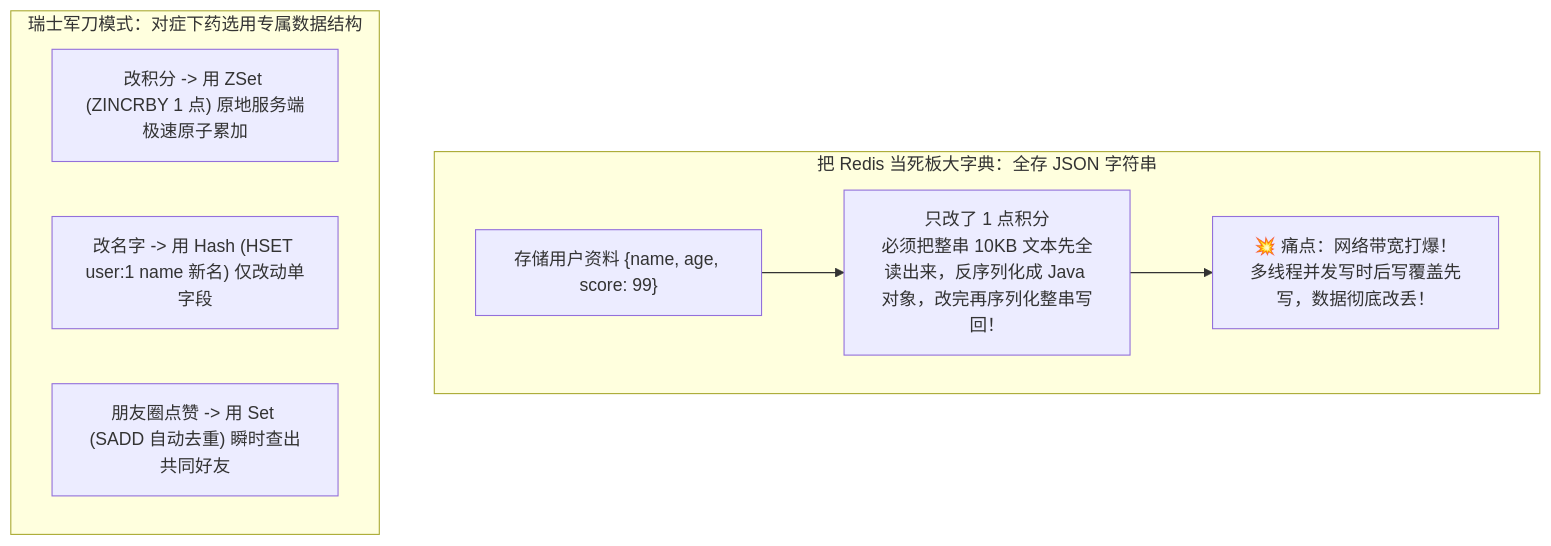
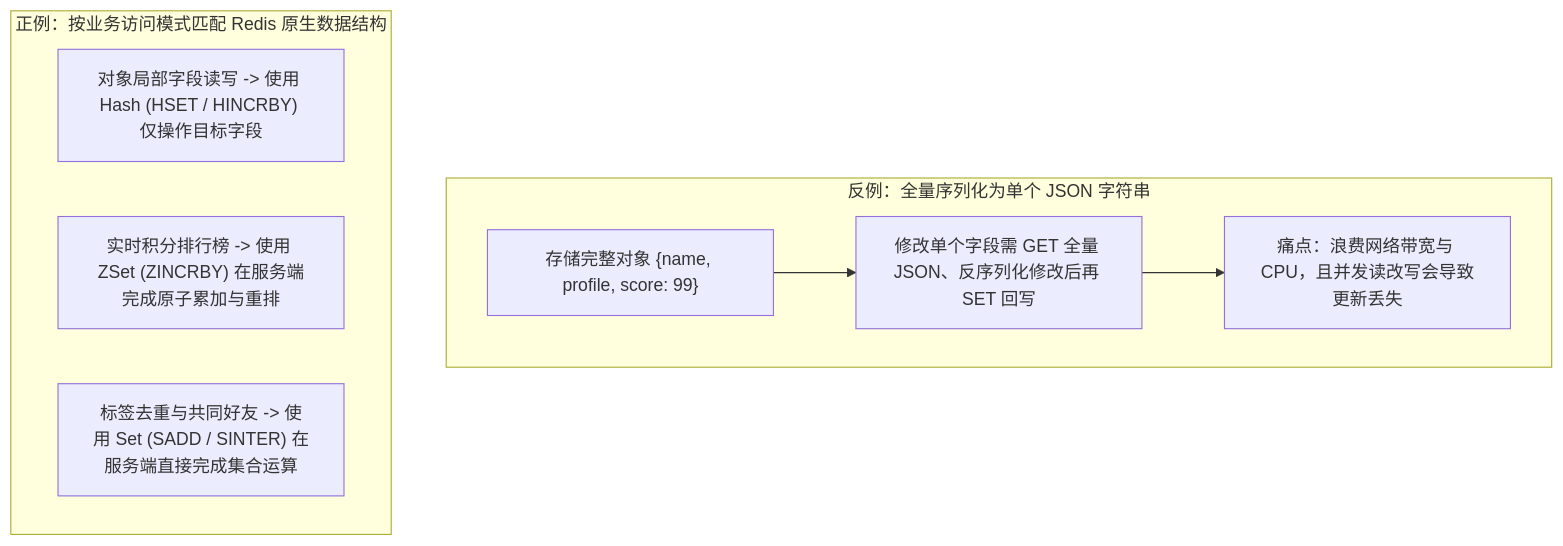
Before and after one commit to GuoWWWX/knowledge-base: the first of 2 diagrams in 20-Java后端/05-数据库与存储/05-Redis数据结构与应用.md, drawn with Mermaid. The commit also changed other lines of this file and 251 other files, not shown here.

````diff
--- a/20-Java后端/05-数据库与存储/05-Redis数据结构与应用.md
+++ b/20-Java后端/05-数据库与存储/05-Redis数据结构与应用.md
@@ -24,13 +27,13 @@
 ```mermaid
 flowchart TD
-    subgraph Bad["把 Redis 当死板大字典：全存 JSON 字符串"]
-        A1["存储用户资料 {name, age, score: 99}"] --> A2["只改了 1 点积分<br/>必须把整串 10KB 文本先全读出来，反序列化成 Java 对象，改完再序列化整串写回！"]
-        A2 --> A3["💥 痛点：网络带宽打爆！多线程并发写时后写覆盖先写，数据彻底改丢！"]
+    subgraph Bad["反例：全量序列化为单个 JSON 字符串"]
+        A1["存储完整对象 {name, profile, score: 99}"] --> A2["修改单个字段需 GET 全量 JSON、反序列化修改后再 SET 回写"]
+        A2 --> A3["痛点：浪费网络带宽与 CPU，且并发读改写会导致更新丢失"]
     end
 
-    subgraph Good["瑞士军刀模式：对症下药选用专属数据结构"]
-        B1["改积分 -> 用 ZSet (ZINCRBY 1 点) 原地服务端极速原子累加"]
-        B2["改名字 -> 用 Hash (HSET user:1 name 新名) 仅改动单字段"]
-        B3["朋友圈点赞 -> 用 Set (SADD 自动去重) 瞬时查出共同好友"]
+    subgraph Good["正例：按业务访问模式匹配 Redis 原生数据结构"]
+        B1["对象局部字段读写 -> 使用 Hash (HSET / HINCRBY) 仅操作目标字段"]
+        B2["实时积分排行榜 -> 使用 ZSet (ZINCRBY) 在服务端完成原子累加与重排"]
+        B3["标签去重与共同好友 -> 使用 Set (SADD / SINTER) 在服务端直接完成集合运算"]
     end
 ```
````
